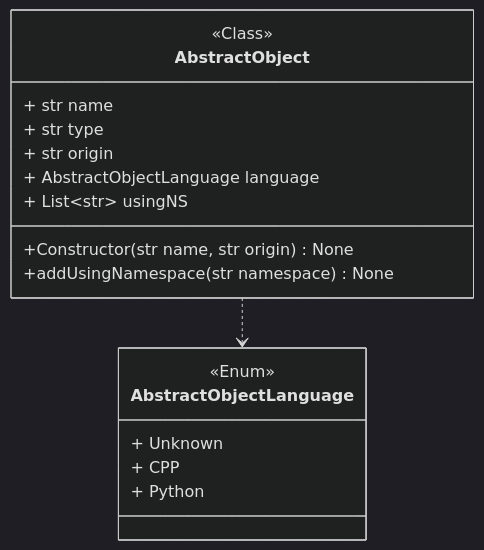
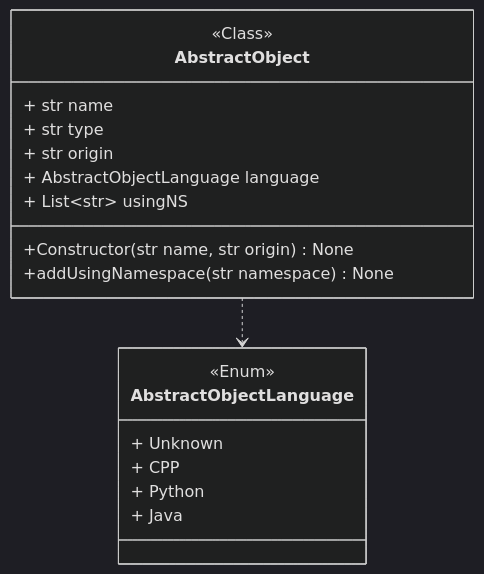
Before and after one commit to miong/pycodeanalyzer: the diagram in docs/source/code/diagrams/pycodeanalyzer_core_abstraction_objects_AbstractObject.mmd, drawn with Mermaid (dark theme). The commit also changed 41 other files, not shown here.

```diff
--- a/docs/source/code/diagrams/pycodeanalyzer_core_abstraction_objects_AbstractObject.mmd
+++ b/docs/source/code/diagrams/pycodeanalyzer_core_abstraction_objects_AbstractObject.mmd
@@ -1,19 +1,20 @@
 classDiagram
 class AbstractObject {
 <<Class>>
 + str name
 + str type
 + str origin
 + AbstractObjectLanguage language
 + List~str~ usingNS
 +Constructor(str name, str origin) None
 +addUsingNamespace(str namespace) None
 }
 class AbstractObjectLanguage {
 <<Enum>>
 + Unknown
 + CPP
 + Python
++ Java
 }
 link AbstractObjectLanguage "enum££pycodeanalyzer::core::abstraction::objects::AbstractObjectLanguage"
 AbstractObject ..> AbstractObjectLanguage
```
